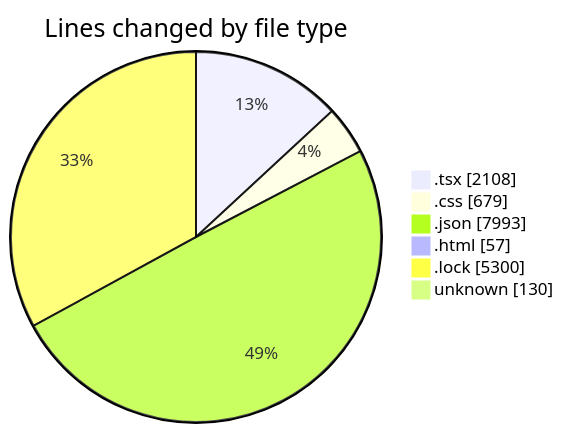
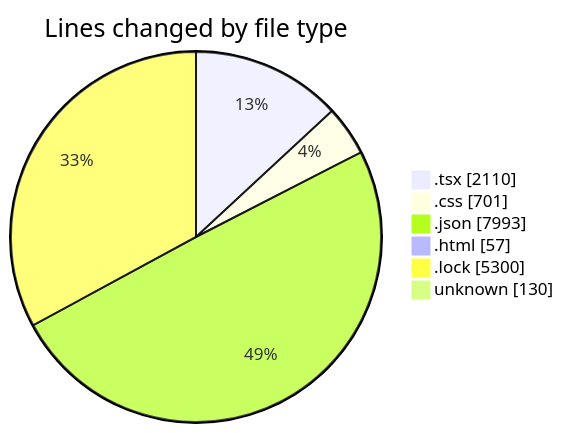
One commit to EIIisD/code-tracking changed the first of 2 diagrams in 2025-08-12/ribbon/README.md. Above: the diagram before and after it, drawn with Mermaid. The commit also changed other lines of this file and 1 other file, not shown here.

````diff
--- a/2025-08-12/ribbon/README.md
+++ b/2025-08-12/ribbon/README.md
@@ -36,10 +36,10 @@
 ```mermaid
 pie showData
 title Lines changed by file type
-".tsx" : 2108
-".css" : 679
+".tsx" : 2110
+".css" : 701
 ".json" : 7993
 ".html" : 57
 ".lock" : 5300
 "unknown" : 130
 ```
````
